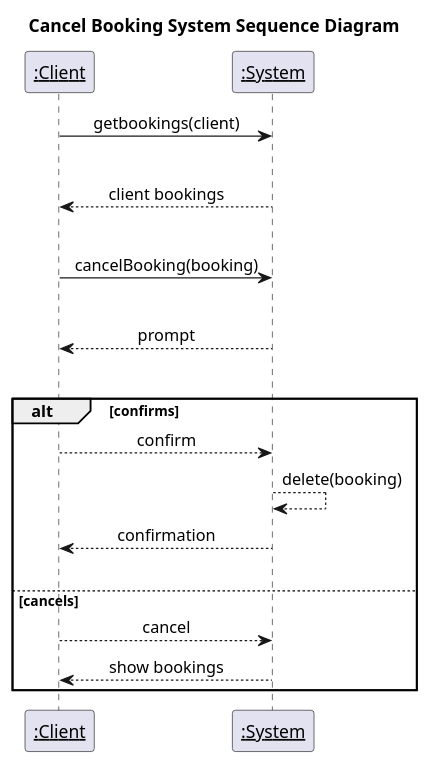
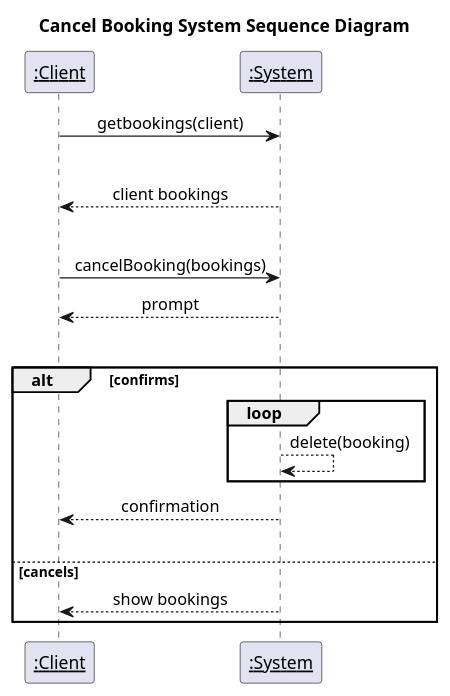
One commit to PrinceOfNothingg/Lesson-Booking-Management-System changed the third of 3 diagrams in deliverables/2024-11-01/booking-system-sequence-diagram.md. Above: the diagram before and after it, drawn with PlantUML. The commit also changed other lines of this file and 7 other files, not shown here.

Commit message:
add booking interaction diagrams

````diff
--- a/deliverables/2024-11-01/booking-system-sequence-diagram.md
+++ b/deliverables/2024-11-01/booking-system-sequence-diagram.md
@@ -90,29 +89,27 @@
 ``` plantuml
 @startuml
 participant "__:Client__" as actor
 participant "__:System__" as system
 
 title Cancel Booking System Sequence Diagram
 skinparam sequenceMessageAlign center
 
 actor -> system : getbookings(client)
 |||
 system --> actor : client bookings
 |||
-actor -> system : cancelBooking(booking)
-|||
+actor -> system : cancelBooking(bookings)
 system --> actor : prompt
 |||
 alt confirms
-actor --> system : confirm
-
+loop 
 system --> system : delete(booking)
+end
 system --> actor : confirmation
 |||
 else cancels
-actor --> system : cancel
 system --> actor : show bookings
 
 end
 @enduml
 ```
````
